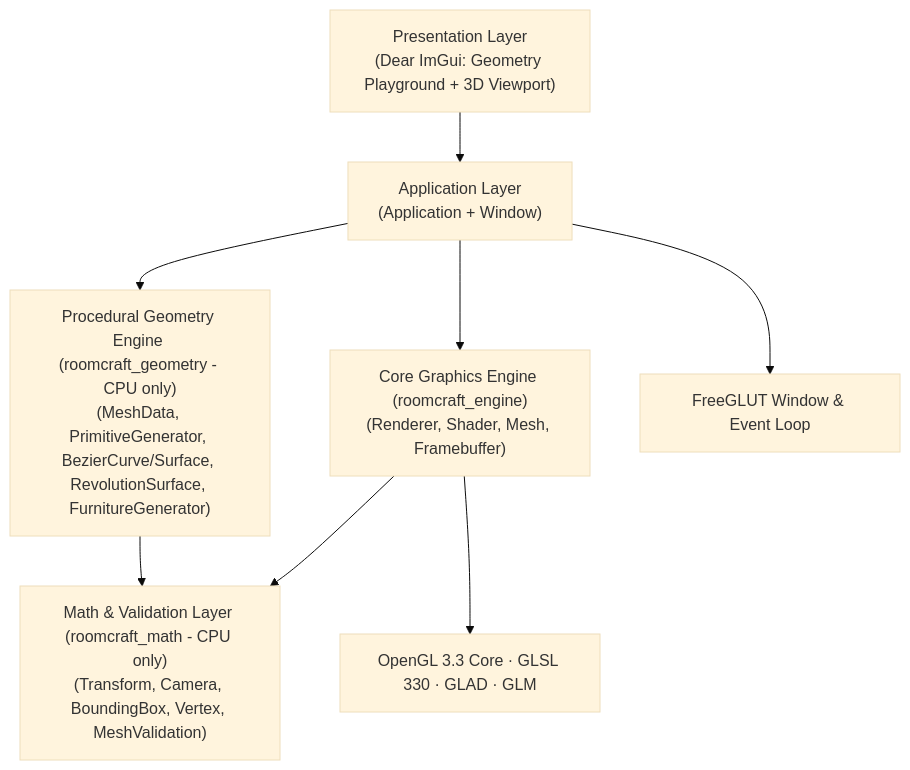
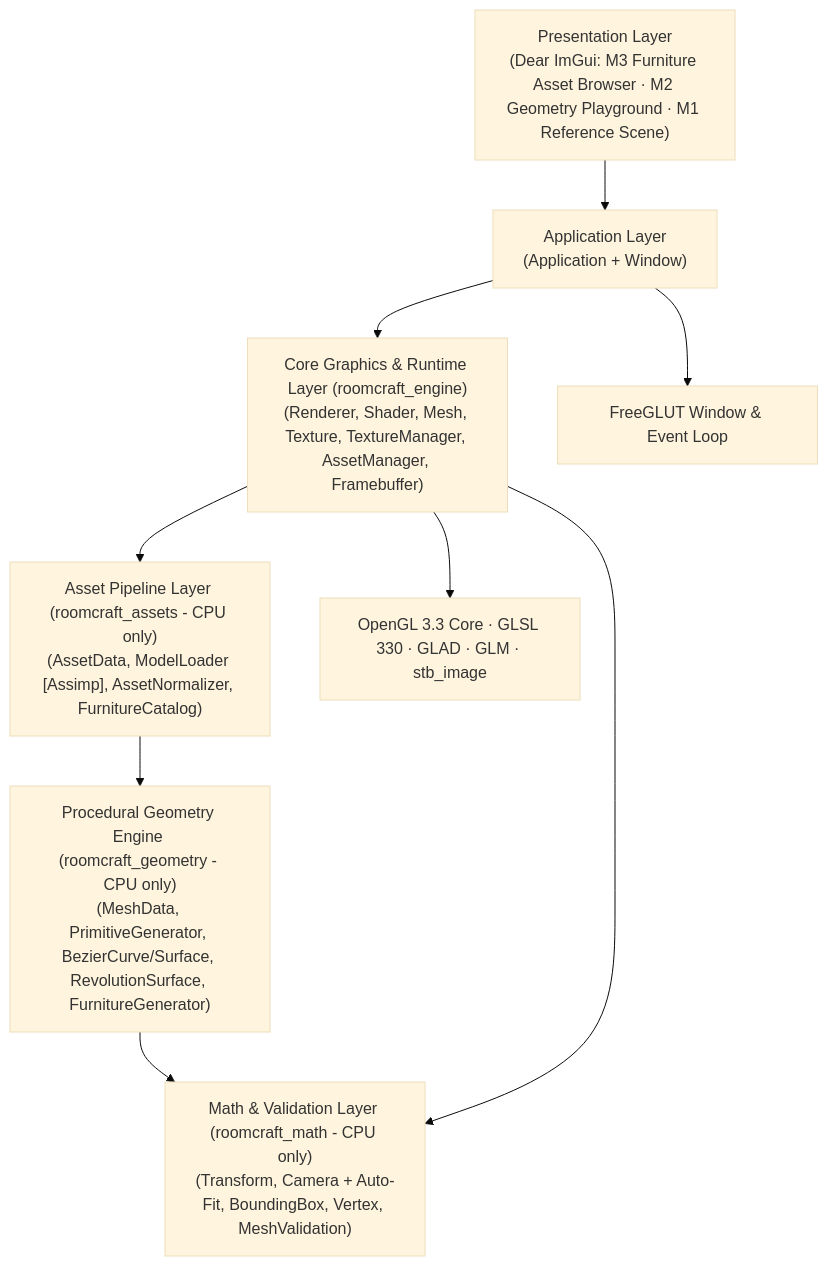
One commit to Eddy-hoang/Room-craft-3d changed the first of 2 diagrams in docs/ARCHITECTURE.md. Above: the diagram before and after it, drawn with Mermaid (base theme). The commit also changed other lines of this file and 91 other files, not shown here.

Commit message:
M3 — Blender Asset Pipeline

````diff
--- a/docs/ARCHITECTURE.md
+++ b/docs/ARCHITECTURE.md
@@ -5,10 +5,11 @@
 ```mermaid
 flowchart TD
-    UI["Presentation Layer\n(Dear ImGui: Geometry Playground + 3D Viewport)"] --> APP["Application Layer\n(Application + Window)"]
-    APP --> GFX["Core Graphics Engine (roomcraft_engine)\n(Renderer, Shader, Mesh, Framebuffer)"]
-    APP --> GEO["Procedural Geometry Engine (roomcraft_geometry - CPU only)\n(MeshData, PrimitiveGenerator, BezierCurve/Surface, RevolutionSurface, FurnitureGenerator)"]
-    GEO --> MATH["Math & Validation Layer (roomcraft_math - CPU only)\n(Transform, Camera, BoundingBox, Vertex, MeshValidation)"]
+    UI["Presentation Layer\n(Dear ImGui: M3 Furniture Asset Browser · M2 Geometry Playground · M1 Reference Scene)"] --> APP["Application Layer\n(Application + Window)"]
+    APP --> GFX["Core Graphics & Runtime Layer (roomcraft_engine)\n(Renderer, Shader, Mesh, Texture, TextureManager, AssetManager, Framebuffer)"]
+    GFX --> ASSETS["Asset Pipeline Layer (roomcraft_assets - CPU only)\n(AssetData, ModelLoader [Assimp], AssetNormalizer, FurnitureCatalog)"]
+    ASSETS --> GEO["Procedural Geometry Engine (roomcraft_geometry - CPU only)\n(MeshData, PrimitiveGenerator, BezierCurve/Surface, RevolutionSurface, FurnitureGenerator)"]
+    GEO --> MATH["Math & Validation Layer (roomcraft_math - CPU only)\n(Transform, Camera + Auto-Fit, BoundingBox, Vertex, MeshValidation)"]
     GFX --> MATH
-    GFX --> GL["OpenGL 3.3 Core · GLSL 330 · GLAD · GLM"]
+    GFX --> GL["OpenGL 3.3 Core · GLSL 330 · GLAD · GLM · stb_image"]
     APP --> GLUT["FreeGLUT Window & Event Loop"]
 ```
````
